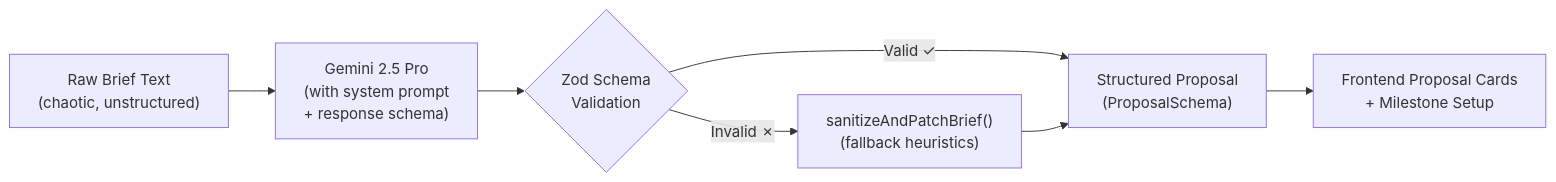
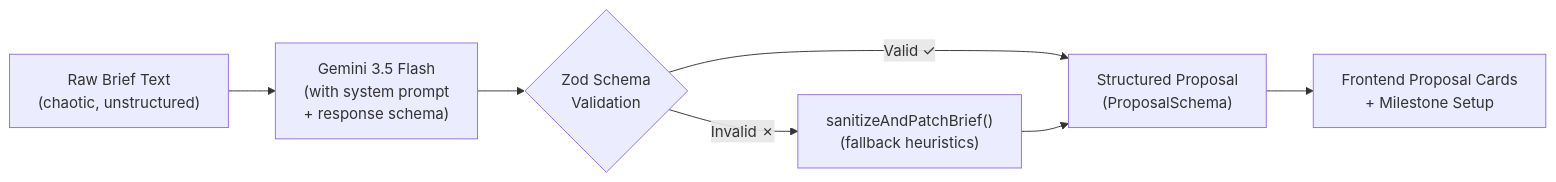
Before and after one commit to FixFlow-AI/FixFlow-AI-web: the first of 2 diagrams in docs/specifications/ai_features/ai_001_semantic_brief_parsing.md, drawn with Mermaid. The commit also changed other lines of this file, not shown here.

Commit message:
docs(specs): update brief parser spec model to Gemini 3.5 Flash

````diff
--- a/docs/specifications/ai_features/ai_001_semantic_brief_parsing.md
+++ b/docs/specifications/ai_features/ai_001_semantic_brief_parsing.md
@@ -34,9 +34,9 @@
 ```mermaid
 graph LR
-    A["Raw Brief Text<br/>(chaotic, unstructured)"] --> B["Gemini 2.5 Pro<br/>(with system prompt<br/>+ response schema)"]
+    A["Raw Brief Text<br/>(chaotic, unstructured)"] --> B["Gemini 3.5 Flash<br/>(with system prompt<br/>+ response schema)"]
     B --> C{"Zod Schema<br/>Validation"}
     C -->|"Valid ✓"| D["Structured Proposal<br/>(ProposalSchema)"]
     C -->|"Invalid ✗"| E["sanitizeAndPatchBrief()<br/>(fallback heuristics)"]
     E --> D
     D --> F["Frontend Proposal Cards<br/>+ Milestone Setup"]
 ```
````
